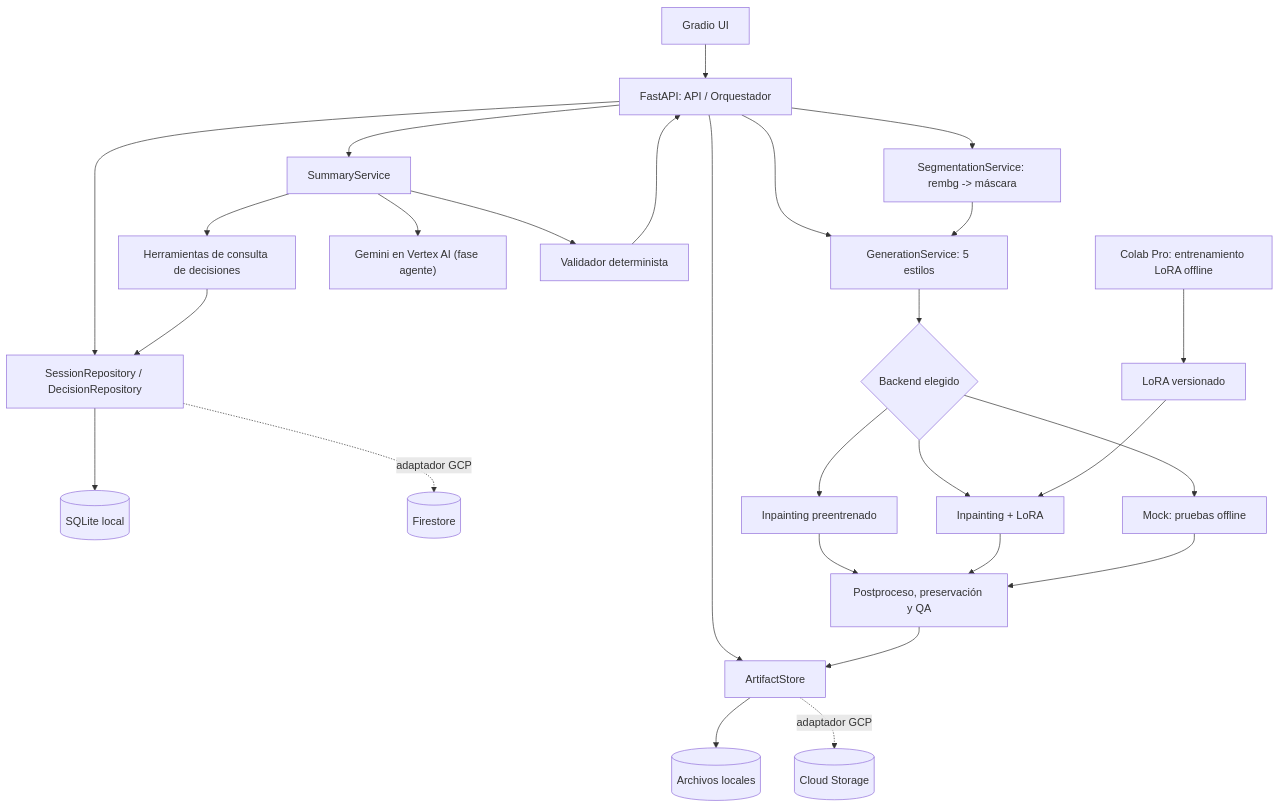
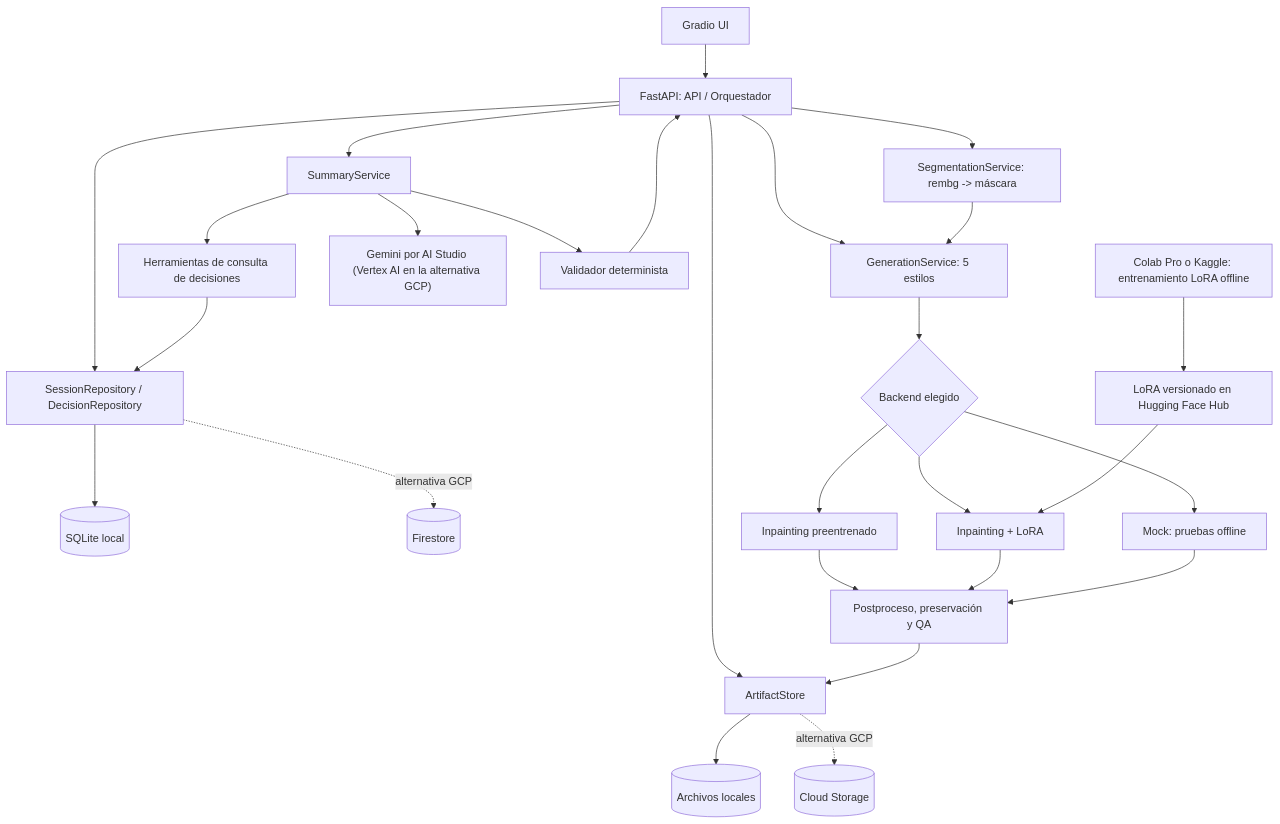
One commit to IsaacVera10/productshot-ai changed the first of 6 diagrams in docs/01_ARQUITECTURA.md. Above: the diagram before and after it, drawn with Mermaid. The commit also changed other lines of this file and 7 other files, not shown here.

````diff
--- a/docs/01_ARQUITECTURA.md
+++ b/docs/01_ARQUITECTURA.md
@@ -11,29 +11,29 @@
 ```mermaid
 flowchart TD
     UI["Gradio UI"] --> API["FastAPI: API / Orquestador"]
     API --> REP["SessionRepository / DecisionRepository"]
     REP --> LOCAL[("SQLite local")]
-    REP -. "adaptador GCP" .-> FS[("Firestore")]
+    REP -. "alternativa GCP" .-> FS[("Firestore")]
     API --> ART["ArtifactStore"]
     ART --> FILES[("Archivos locales")]
-    ART -. "adaptador GCP" .-> GCS[("Cloud Storage")]
+    ART -. "alternativa GCP" .-> GCS[("Cloud Storage")]
     API --> SEG["SegmentationService: rembg -> máscara"]
     API --> GEN["GenerationService: 5 estilos"]
     SEG --> GEN
     GEN --> SEL{"Backend elegido"}
     SEL --> MOCK["Mock: pruebas offline"]
     SEL --> B["Inpainting preentrenado"]
     SEL --> L["Inpainting + LoRA"]
     B --> QA["Postproceso, preservación y QA"]
     L --> QA
     MOCK --> QA
     QA --> ART
     API --> SUMMARY["SummaryService"]
     SUMMARY --> TOOL["Herramientas de consulta de decisiones"]
     TOOL --> REP
-    SUMMARY --> GEM["Gemini en Vertex AI (fase agente)"]
+    SUMMARY --> GEM["Gemini por AI Studio (Vertex AI en la alternativa GCP)"]
     SUMMARY --> CHECK["Validador determinista"]
     CHECK --> API
-    COLAB["Colab Pro: entrenamiento LoRA offline"] --> WEIGHTS["LoRA versionado"]
+    COLAB["Colab Pro o Kaggle: entrenamiento LoRA offline"] --> WEIGHTS["LoRA versionado en Hugging Face Hub"]
     WEIGHTS --> L
 ```
````
